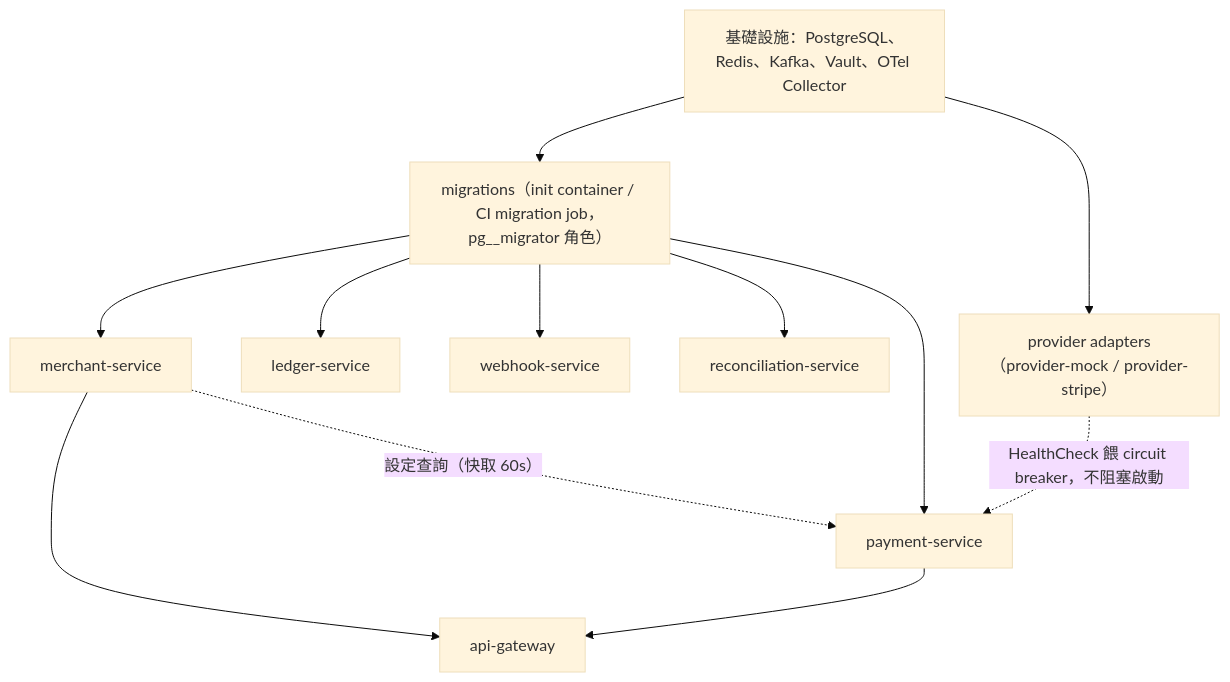
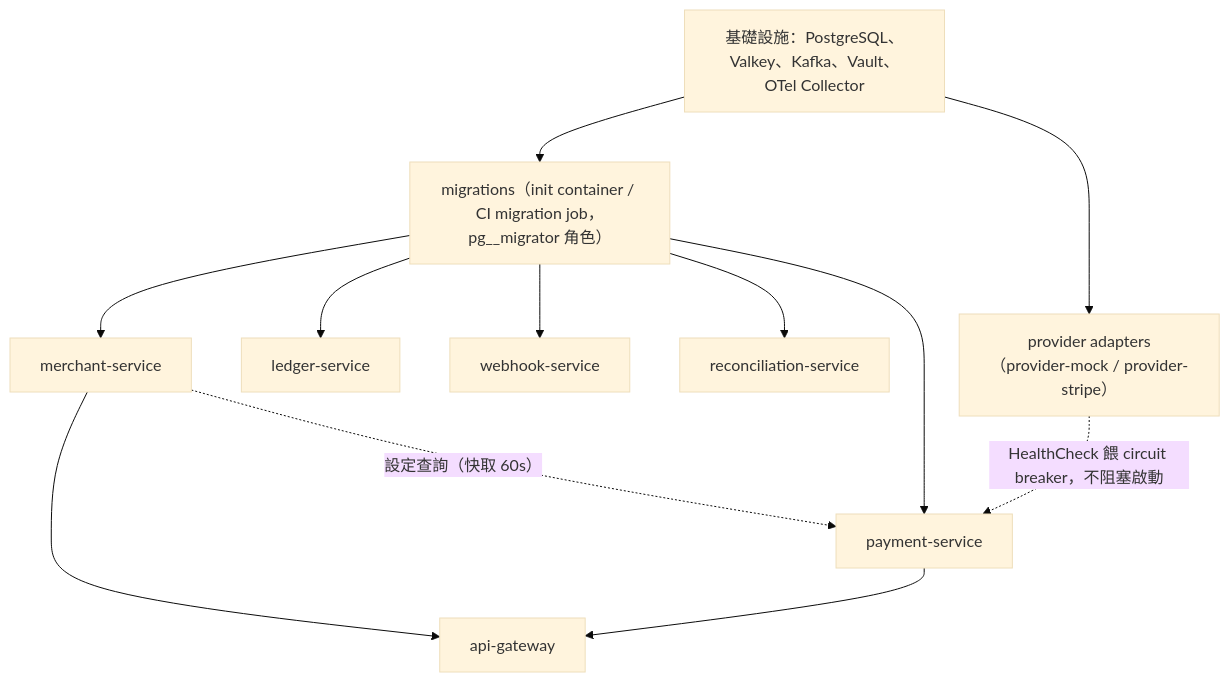
Diagram 14 of 15 in docs/05-flows-and-sequences.md (tenghongzou/PaymentGateway), drawn with Mermaid (base theme) before and after one commit. The commit also changed other lines of this file and 41 other files, not shown here.

First line of the commit message:
P0: replace Redis with Valkey across code, deploy, CI and docs (ADR-0013)

````diff
--- a/docs/05-flows-and-sequences.md
+++ b/docs/05-flows-and-sequences.md
@@ -985,24 +985,24 @@
 ```mermaid
 flowchart TD
-    INF["基礎設施：PostgreSQL、Redis、Kafka、Vault、OTel Collector"]
+    INF["基礎設施：PostgreSQL、Valkey、Kafka、Vault、OTel Collector"]
     MIG["migrations（init container / CI migration job，pg_<svc>_migrator 角色）"]
     MS["merchant-service"]
     PA["provider adapters（provider-mock / provider-stripe）"]
     LS["ledger-service"]
     WS["webhook-service"]
     RS["reconciliation-service"]
     PS["payment-service"]
     GW["api-gateway"]
 
     INF --> MIG
     MIG --> MS
     MIG --> LS
     MIG --> WS
     MIG --> RS
     MIG --> PS
     INF --> PA
     MS --> GW
     PS --> GW
     MS -. "設定查詢（快取 60s）" .-> PS
     PA -. "HealthCheck 餵 circuit breaker，不阻塞啟動" .-> PS
 ```
````
